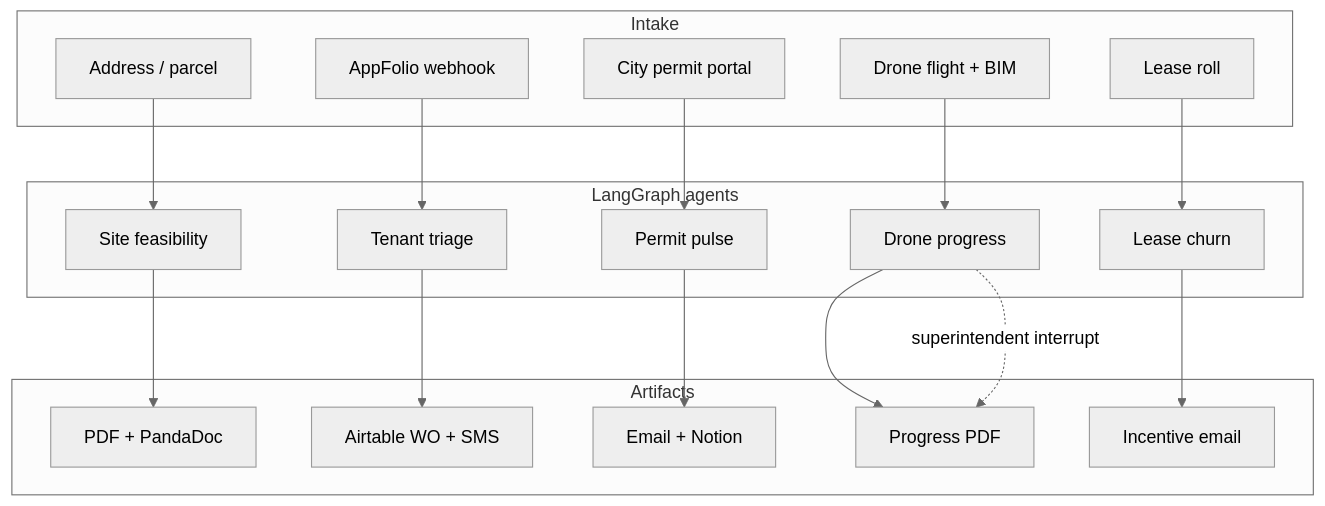
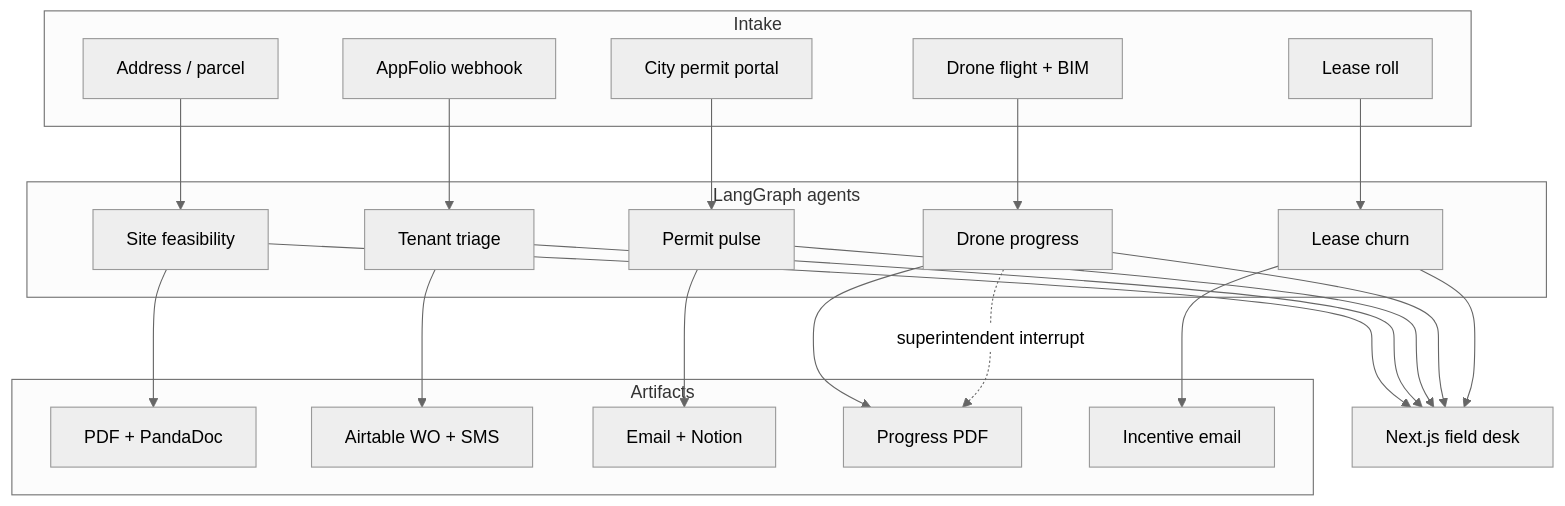
Before and after one commit to ozzy2438/AcreOps: the diagram in README.md, drawn with Mermaid (neutral theme). The commit also changed other lines of this file, not shown here.

Commit message:
document Next.js field desk as the primary operator interface

````diff
--- a/README.md
+++ b/README.md
@@ -21,33 +21,34 @@
 ```mermaid
 flowchart TB
     subgraph intake [Intake]
         A[Address / parcel]
         B[AppFolio webhook]
         C[City permit portal]
         D[Drone flight + BIM]
         E[Lease roll]
     end
 
     subgraph agents [LangGraph agents]
         F[Site feasibility]
         G[Tenant triage]
         H[Permit pulse]
         I[Drone progress]
         J[Lease churn]
     end
 
     subgraph out [Artifacts]
         K[PDF + PandaDoc]
         L[Airtable WO + SMS]
         M[Email + Notion]
         N[Progress PDF]
         O[Incentive email]
     end
 
     A --> F --> K
     B --> G --> L
     C --> H --> M
     D --> I --> N
     E --> J --> O
     I -. superintendent interrupt .-> N
+    F & G & H & I & J --> W[Next.js field desk]
 ```
````
